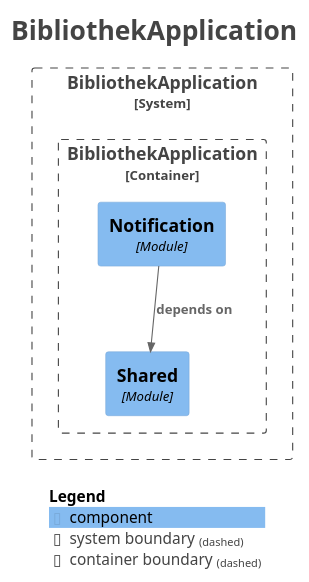
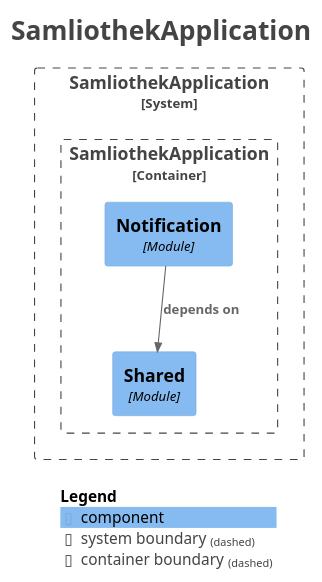
One commit to samin-z/samliothek changed the diagram in docs/modulith/components.puml. Above: the diagram before and after it, drawn with PlantUML. The commit also changed 52 other files, not shown here.

```diff
--- a/docs/modulith/components.puml
+++ b/docs/modulith/components.puml
@@ -1,30 +1,30 @@
 @startuml
-title <size:24>BibliothekApplication</size>
+title <size:24>SamliothekApplication</size>
 
 set separator none
 top to bottom direction
 
 <style>
   root {
     BackgroundColor: #ffffff
     FontColor: #444444
   }
 </style>
 
 !include <C4/C4>
 !include <C4/C4_Context>
 !include <C4/C4_Component>
 
-System_Boundary("BibliothekApplication_boundary", "BibliothekApplication", $tags="") {
-  Container_Boundary("BibliothekApplication.BibliothekApplication_boundary", "BibliothekApplication", $tags="") {
-    Component(BibliothekApplication.BibliothekApplication.Shared, "Shared", $techn="Module", $descr="", $tags="", $link="")
-    Component(BibliothekApplication.BibliothekApplication.Notification, "Notification", $techn="Module", $descr="", $tags="", $link="")
+System_Boundary("SamliothekApplication_boundary", "SamliothekApplication", $tags="") {
+  Container_Boundary("SamliothekApplication.SamliothekApplication_boundary", "SamliothekApplication", $tags="") {
+    Component(SamliothekApplication.SamliothekApplication.Shared, "Shared", $techn="Module", $descr="", $tags="", $link="")
+    Component(SamliothekApplication.SamliothekApplication.Notification, "Notification", $techn="Module", $descr="", $tags="", $link="")
   }
 
 }
 
-Rel(BibliothekApplication.BibliothekApplication.Notification, BibliothekApplication.BibliothekApplication.Shared, "depends on", $techn="", $tags="", $link="")
+Rel(SamliothekApplication.SamliothekApplication.Notification, SamliothekApplication.SamliothekApplication.Shared, "depends on", $techn="", $tags="", $link="")
 
 SHOW_LEGEND(true)
 hide stereotypes
 @enduml
```
